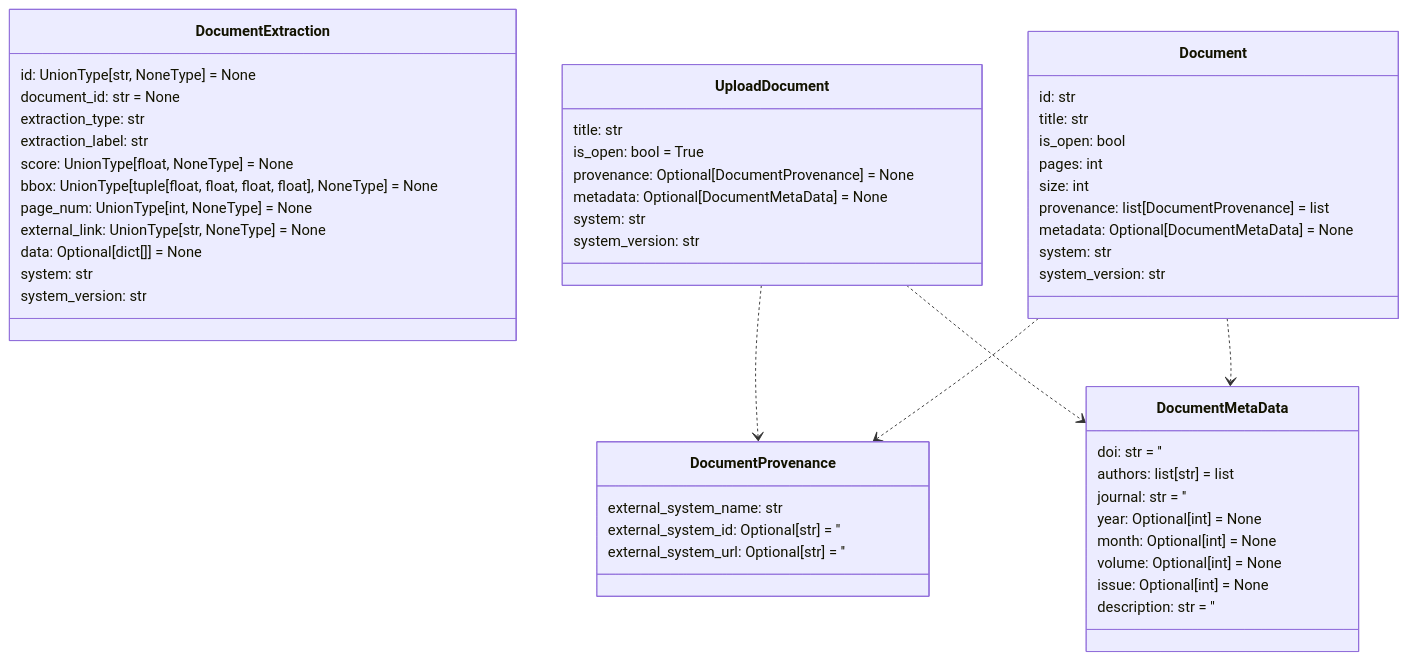
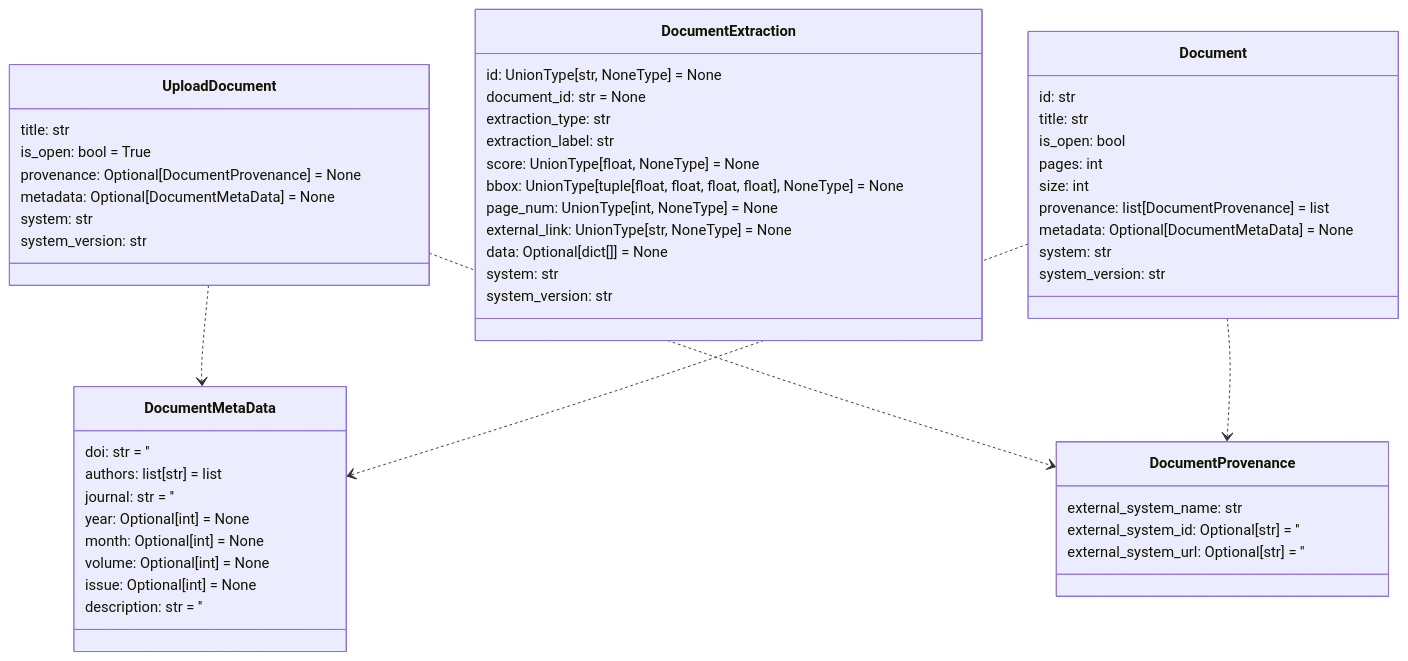
One commit to DARPA-CRITICALMAAS/cdr_schemas changed the ninth of 12 diagrams in README.md. Above: the diagram before and after it, drawn with Mermaid. The commit also changed other lines of this file, not shown here.

````diff
--- a/README.md
+++ b/README.md
@@ -705,62 +667,62 @@
 ```mermaid
 classDiagram
+
+    class UploadDocument {
+        title: str
+        is_open: bool = True
+        provenance: Optional[DocumentProvenance] = None
+        metadata: Optional[DocumentMetaData] = None
+        system: str
+        system_version: str
+    }
+
+    class DocumentProvenance {
+        external_system_name: str
+        external_system_id: Optional[str] = ''
+        external_system_url: Optional[str] = ''
+    }
 
     class DocumentExtraction {
         id: UnionType[str, NoneType] = None
         document_id: str = None
         extraction_type: str
         extraction_label: str
         score: UnionType[float, NoneType] = None
         bbox: UnionType[tuple[float, float, float, float], NoneType] = None
         page_num: UnionType[int, NoneType] = None
         external_link: UnionType[str, NoneType] = None
         data: Optional[dict[]] = None
         system: str
         system_version: str
     }
 
-    class DocumentProvenance {
-        external_system_name: str
-        external_system_id: Optional[str] = ''
-        external_system_url: Optional[str] = ''
-    }
-
-    class UploadDocument {
-        title: str
-        is_open: bool = True
-        provenance: Optional[DocumentProvenance] = None
-        metadata: Optional[DocumentMetaData] = None
-        system: str
-        system_version: str
+    class DocumentMetaData {
+        doi: str = ''
+        authors: list[str] = list
+        journal: str = ''
+        year: Optional[int] = None
+        month: Optional[int] = None
+        volume: Optional[int] = None
+        issue: Optional[int] = None
+        description: str = ''
     }
 
     class Document {
         id: str
         title: str
         is_open: bool
         pages: int
         size: int
         provenance: list[DocumentProvenance] = list
         metadata: Optional[DocumentMetaData] = None
         system: str
         system_version: str
     }
 
-    class DocumentMetaData {
-        doi: str = ''
-        authors: list[str] = list
-        journal: str = ''
-        year: Optional[int] = None
-        month: Optional[int] = None
-        volume: Optional[int] = None
-        issue: Optional[int] = None
-        description: str = ''
-    }
-
+    UploadDocument ..> DocumentMetaData
     UploadDocument ..> DocumentProvenance
-    UploadDocument ..> DocumentMetaData
+    Document ..> DocumentMetaData
     Document ..> DocumentProvenance
-    Document ..> DocumentMetaData
 
 
 ```
````
